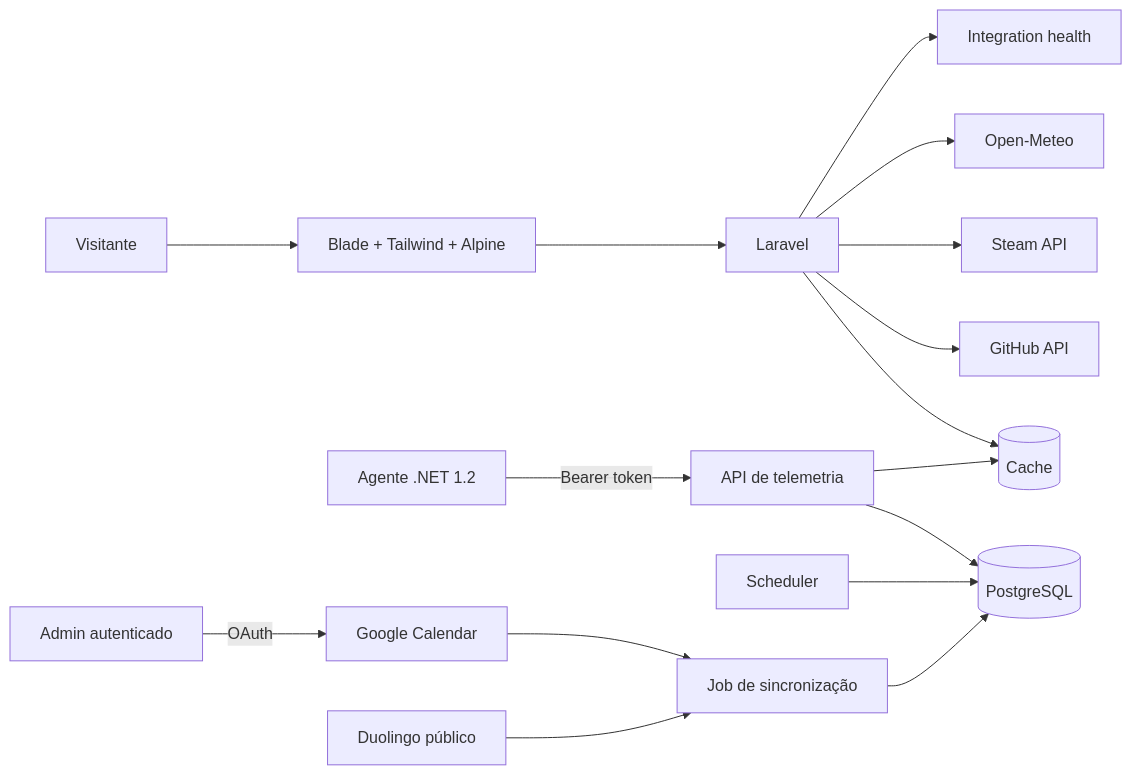
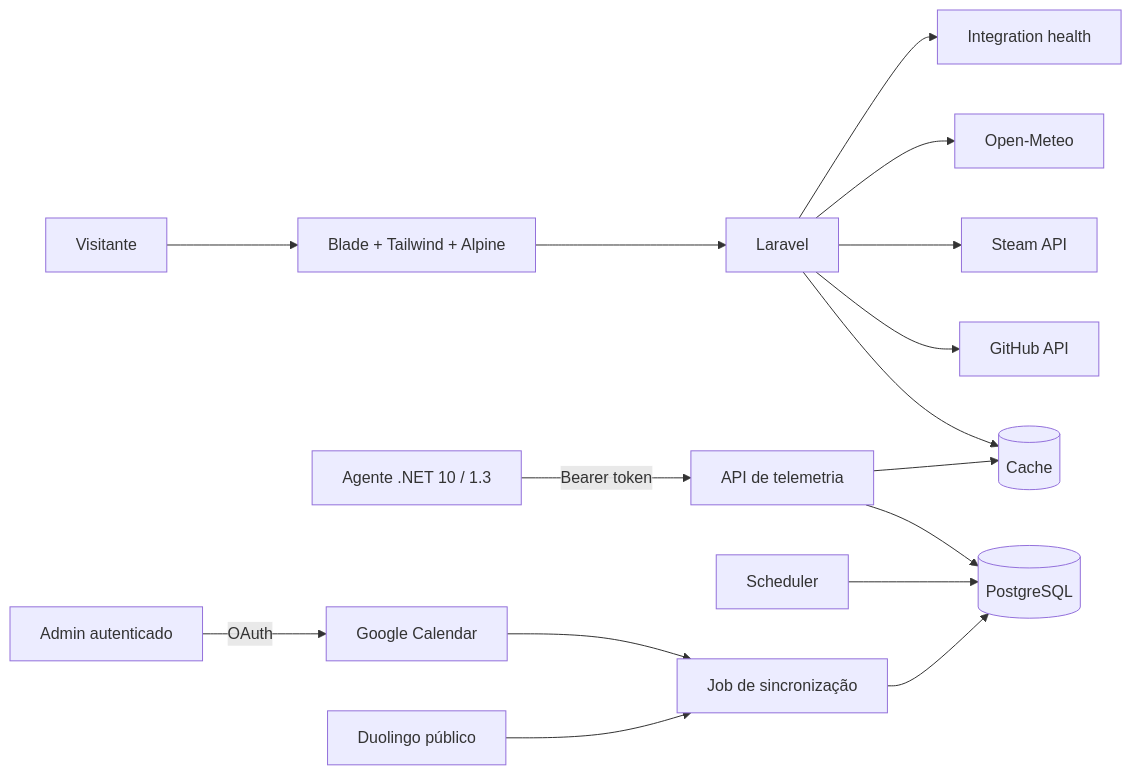
The diagram in myprofile-app/docs/architecture.md (brt9/My_Profile), drawn with Mermaid before and after one commit. The commit also changed other lines of this file and 43 other files, not shown here.

````diff
--- a/myprofile-app/docs/architecture.md
+++ b/myprofile-app/docs/architecture.md
@@ -9,18 +9,18 @@
 ```mermaid
 flowchart LR
     V[Visitante] --> B[Blade + Tailwind + Alpine]
     B --> L[Laravel]
-    A[Agente .NET 1.2] -->|Bearer token| T[API de telemetria]
+    A[Agente .NET 10 / 1.3] -->|Bearer token| T[API de telemetria]
     T --> P[(PostgreSQL)]
     T --> C[(Cache)]
     Q[Scheduler] --> P
     L --> C
     L --> G[GitHub API]
     L --> S[Steam API]
     L --> W[Open-Meteo]
     O[Admin autenticado] -->|OAuth| GC[Google Calendar]
     GC --> J[Job de sincronização]
     D[Duolingo público] --> J
     J --> P
     L --> H[Integration health]
 ```
````
